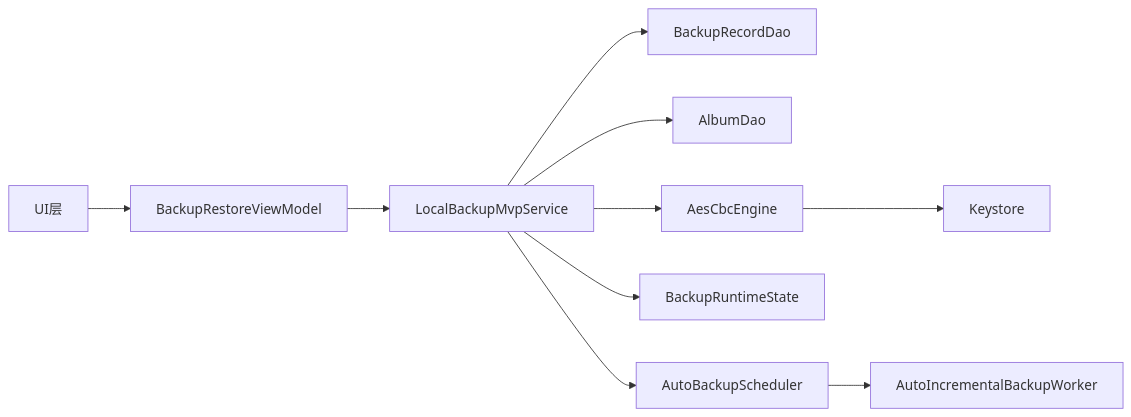
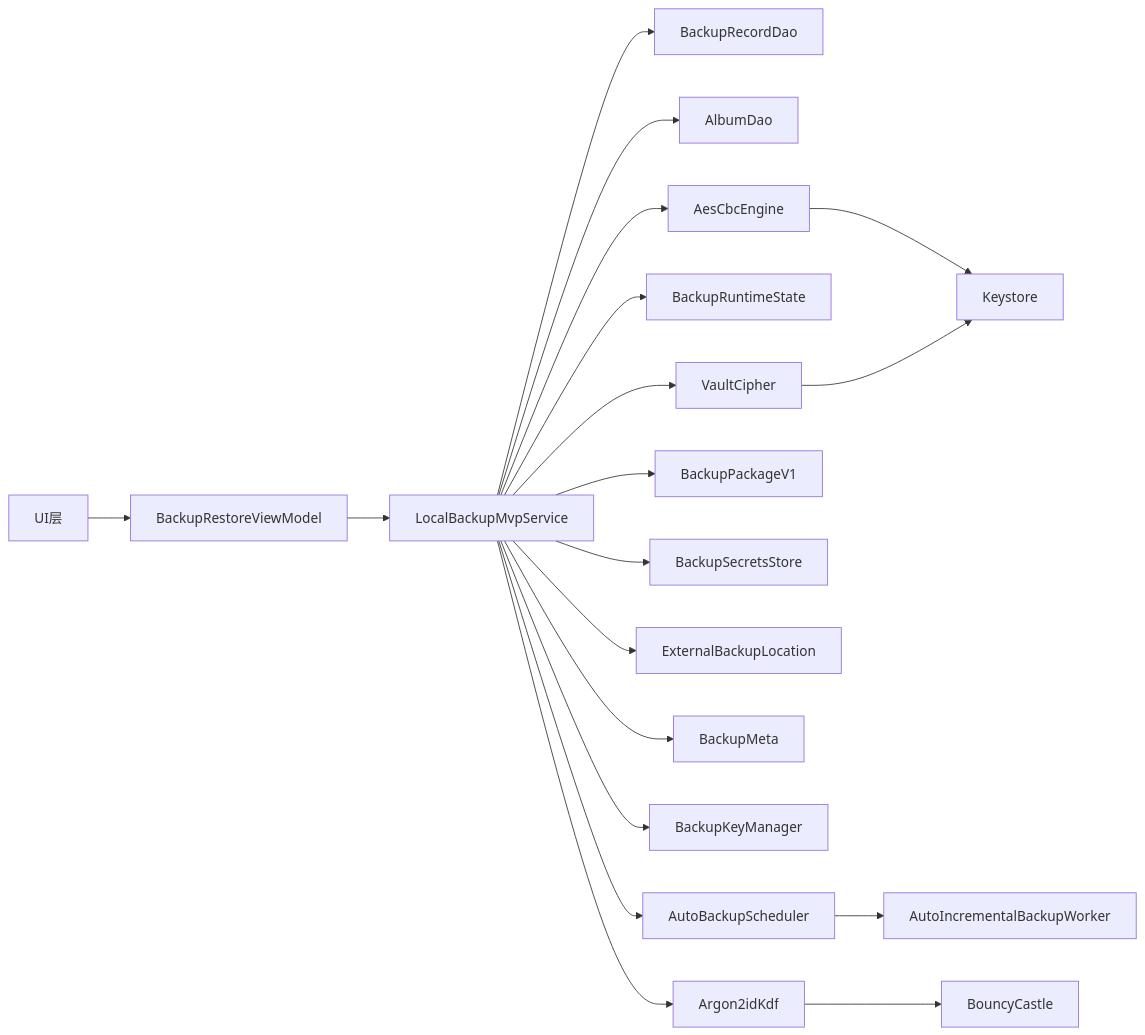
Diagram 18 of 18 in .qoder/repowiki/zh/content/核心功能模块/备份恢复系统.md (wanhongbo/ai-photo-vault), drawn with Mermaid before and after one commit. The commit also changed other lines of this file and 22 other files, not shown here.

````diff
--- a/.qoder/repowiki/zh/content/核心功能模块/备份恢复系统.md
+++ b/.qoder/repowiki/zh/content/核心功能模块/备份恢复系统.md
@@ -655,12 +1082,21 @@
 ```mermaid
 graph LR
 UI["UI层"] --> VM["BackupRestoreViewModel"]
 VM --> SERVICE["LocalBackupMvpService"]
 SERVICE --> DAO["BackupRecordDao"]
 SERVICE --> DAO_A["AlbumDao"]
 SERVICE --> ENC["AesCbcEngine"]
 SERVICE --> STATE["BackupRuntimeState"]
 SERVICE --> SCHED["AutoBackupScheduler"]
+SERVICE --> PKG["BackupPackageV1"]
+SERVICE --> SECRETS["BackupSecretsStore"]
+SERVICE --> EXT["ExternalBackupLocation"]
+SERVICE --> META["BackupMeta"]
+SERVICE --> KDF["BackupKeyManager"]
+SERVICE --> ARGON["Argon2idKdf"]
+SERVICE --> VC["VaultCipher"]
 SCHED --> WORKER["AutoIncrementalBackupWorker"]
 ENC --> KEY["Keystore"]
+ARGON --> BC["BouncyCastle"]
+VC --> KEY
 ```
````
